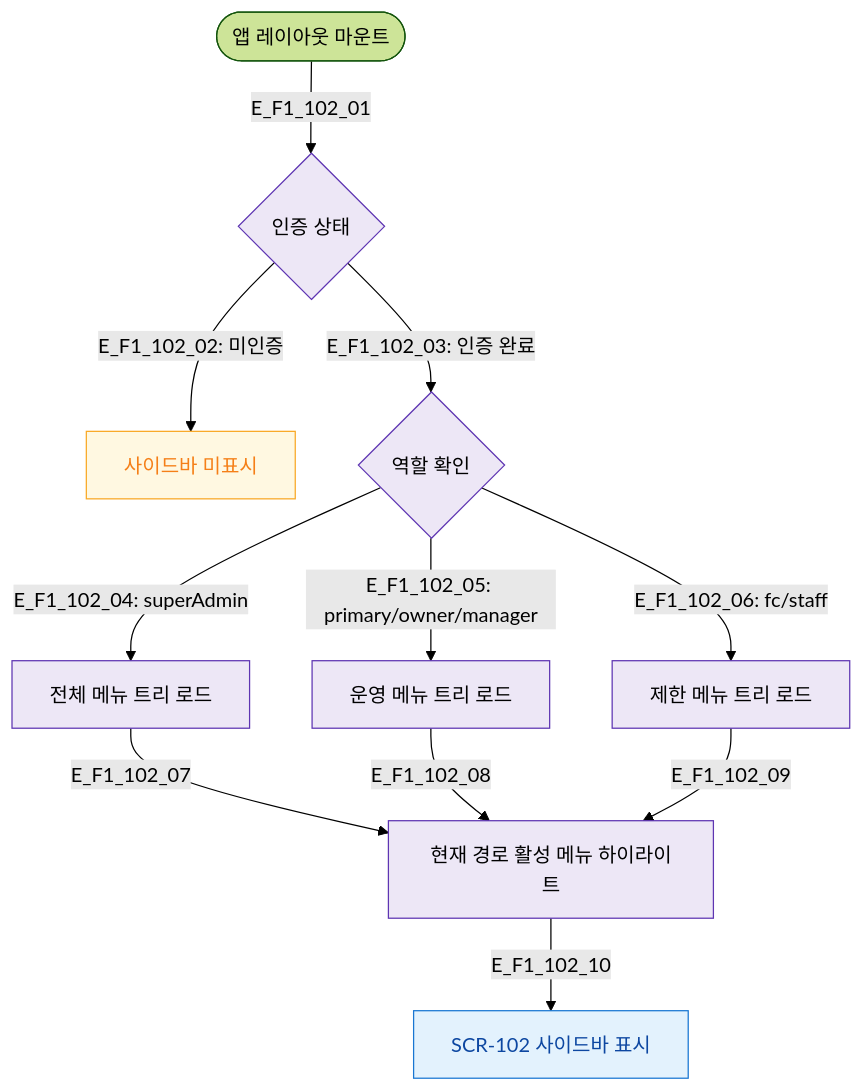
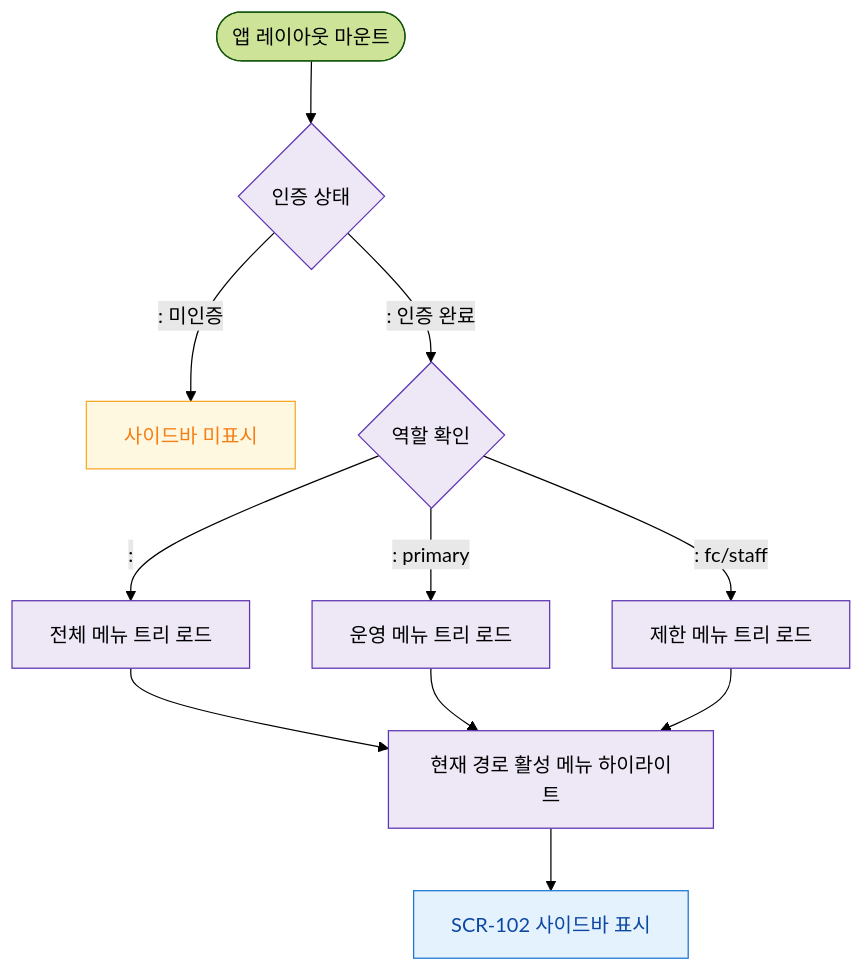
The diagram in docs/다이어그램/D01_공통/SCR-102_사이드바_네비게이션/F1_진입.md (dev-spogym/admin-pando), drawn with Mermaid (forest theme) before and after one commit. The commit also changed other lines of this file and 1660 other files, not shown here.

First line of the commit message:
다이어그램: 기획자/클라이언트 납품본으로 정리

````diff
--- a/docs/다이어그램/D01_공통/SCR-102_사이드바_네비게이션/F1_진입.md
+++ b/docs/다이어그램/D01_공통/SCR-102_사이드바_네비게이션/F1_진입.md
@@ -19,24 +17,24 @@
 ```mermaid
 flowchart TD
-    START([앱 레이아웃 마운트]) -->|E_F1_102_01| AUTH{인증 상태}
+    START([앱 레이아웃 마운트]) --> AUTH{인증 상태}
 
-    AUTH -->|"E_F1_102_02: 미인증"| HIDE[사이드바 미표시]
-    AUTH -->|"E_F1_102_03: 인증 완료"| ROLE_CHECK{역할 확인}
+    AUTH -->|": 미인증"|HIDE[사이드바 미표시]
+    AUTH -->|": 인증 완료"|ROLE_CHECK{역할 확인}
 
-    ROLE_CHECK -->|"E_F1_102_04: superAdmin"| MENU_SA[전체 메뉴 트리 로드]
-    ROLE_CHECK -->|"E_F1_102_05: primary/owner/manager"| MENU_MG[운영 메뉴 트리 로드]
-    ROLE_CHECK -->|"E_F1_102_06: fc/staff"| MENU_ST[제한 메뉴 트리 로드]
+    ROLE_CHECK -->|": "|MENU_SA[전체 메뉴 트리 로드]
+    ROLE_CHECK -->|": primary"|MENU_MG[운영 메뉴 트리 로드]
+    ROLE_CHECK -->|": fc/staff"|MENU_ST[제한 메뉴 트리 로드]
 
-    MENU_SA -->|E_F1_102_07| ACTIVE[현재 경로 활성 메뉴 하이라이트]
-    MENU_MG -->|E_F1_102_08| ACTIVE
-    MENU_ST -->|E_F1_102_09| ACTIVE
+    MENU_SA --> ACTIVE[현재 경로 활성 메뉴 하이라이트]
+    MENU_MG --> ACTIVE
+    MENU_ST --> ACTIVE
 
-    ACTIVE -->|E_F1_102_10| SCR_102[SCR-102 사이드바 표시]
+    ACTIVE --> SCR_102[SCR-102 사이드바 표시]
 
-    classDef screen  fill:#E3F2FD,stroke:#1976D2,color:#0D47A1
-    classDef system  fill:#EDE7F6,stroke:#5E35B2
+    classDef screen fill:#E3F2FD,stroke:#1976D2,color:#0D47A1
+    classDef system fill:#EDE7F6,stroke:#5E35B2
     classDef warning fill:#FFF8E1,stroke:#F9A825,color:#F57F17
     class SCR_102 screen
     class AUTH,ROLE_CHECK,MENU_SA,MENU_MG,MENU_ST,ACTIVE system
     class HIDE warning
 ```
````
